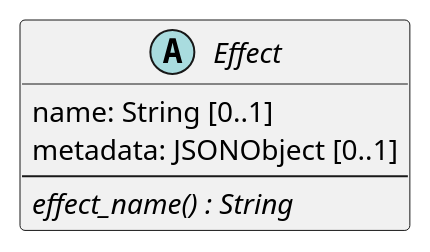
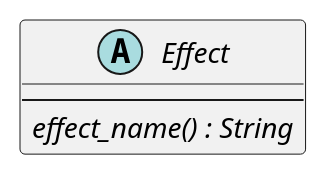
The tenth of 31 diagrams in docs/data-model/otio-core.md (AcademySoftwareFoundation/OpenTimelineIO), drawn with PlantUML before and after one commit. The commit also changed other lines of this file and 1 other file, not shown here.

````diff
--- a/docs/data-model/otio-core.md
+++ b/docs/data-model/otio-core.md
@@ -385,14 +472,12 @@
 ```puml
 @startuml
 hide empty members
 skinparam classAttributeIconSize 0
 
 abstract class Effect {
-  name: String [0..1]
-  metadata: JSONObject [0..1]
   --
   {abstract} effect_name() : String
 }
 
 @enduml
 ```
````
